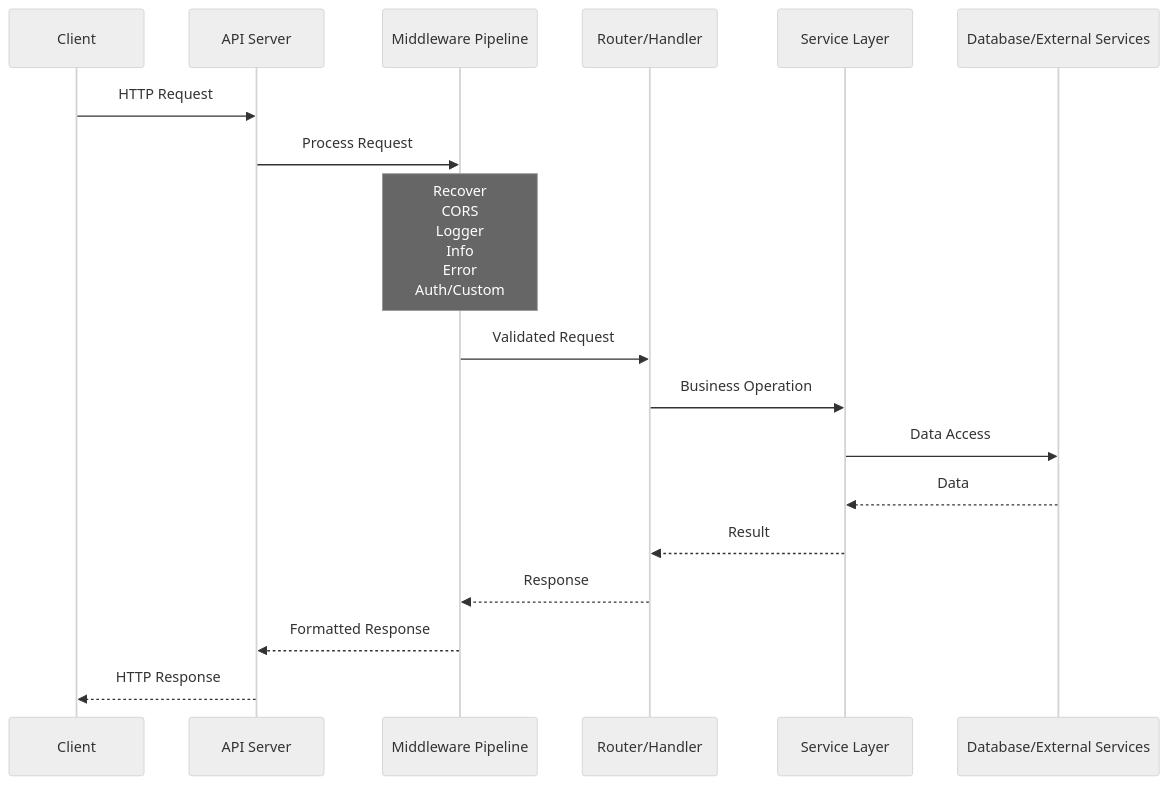
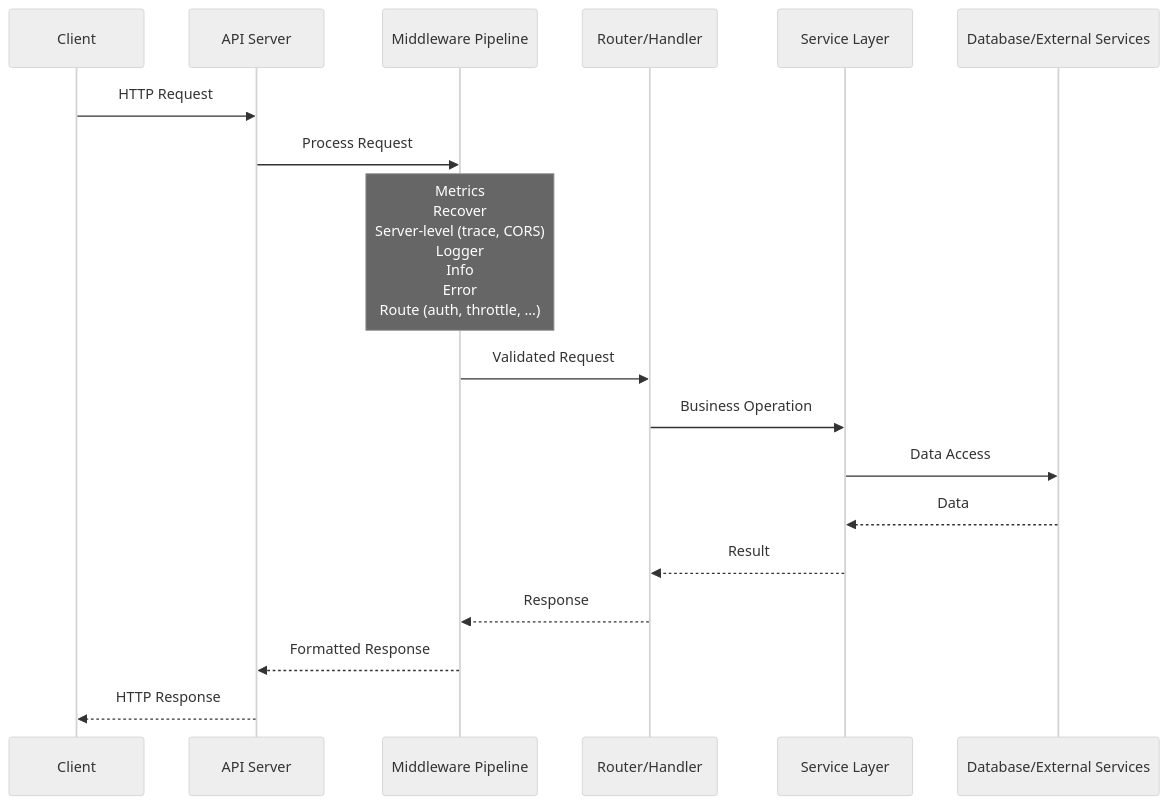
The second of 2 diagrams in README.md (xhanio/framingo), drawn with Mermaid (neutral theme) before and after one commit. The commit also changed other lines of this file and 35 other files, not shown here.

````diff
--- a/README.md
+++ b/README.md
@@ -128,21 +130,21 @@
 ```mermaid
 sequenceDiagram
     participant Client
     participant APIServer as API Server
     participant Middleware as Middleware Pipeline
     participant Router as Router/Handler
     participant Service as Service Layer
     participant DB as Database/External Services
 
     Client->>APIServer: HTTP Request
     APIServer->>Middleware: Process Request
-    Note over Middleware: Recover<br/>CORS<br/>Logger<br/>Info<br/>Error<br/>Auth/Custom
+    Note over Middleware: Metrics<br/>Recover<br/>Server-level (trace, CORS)<br/>Logger<br/>Info<br/>Error<br/>Route (auth, throttle, …)
     Middleware->>Router: Validated Request
     Router->>Service: Business Operation
     Service->>DB: Data Access
     DB-->>Service: Data
     Service-->>Router: Result
     Router-->>Middleware: Response
     Middleware-->>APIServer: Formatted Response
     APIServer-->>Client: HTTP Response
 ```
````
